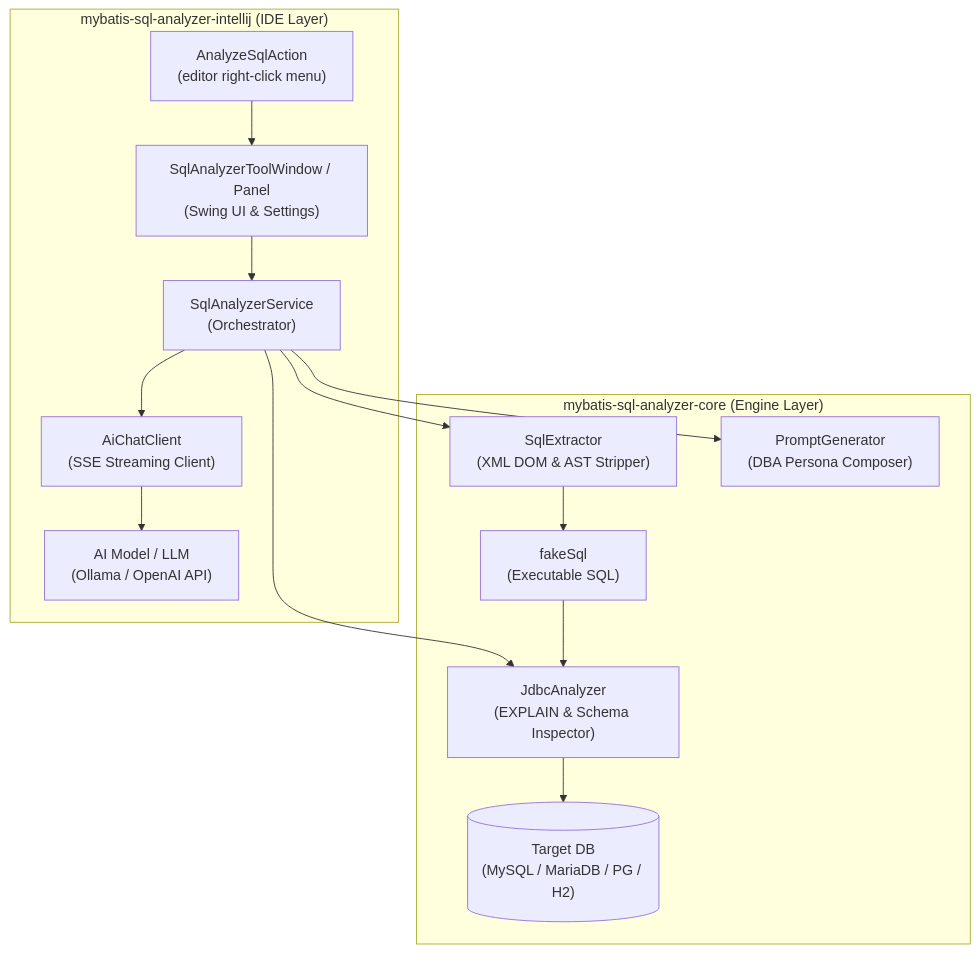
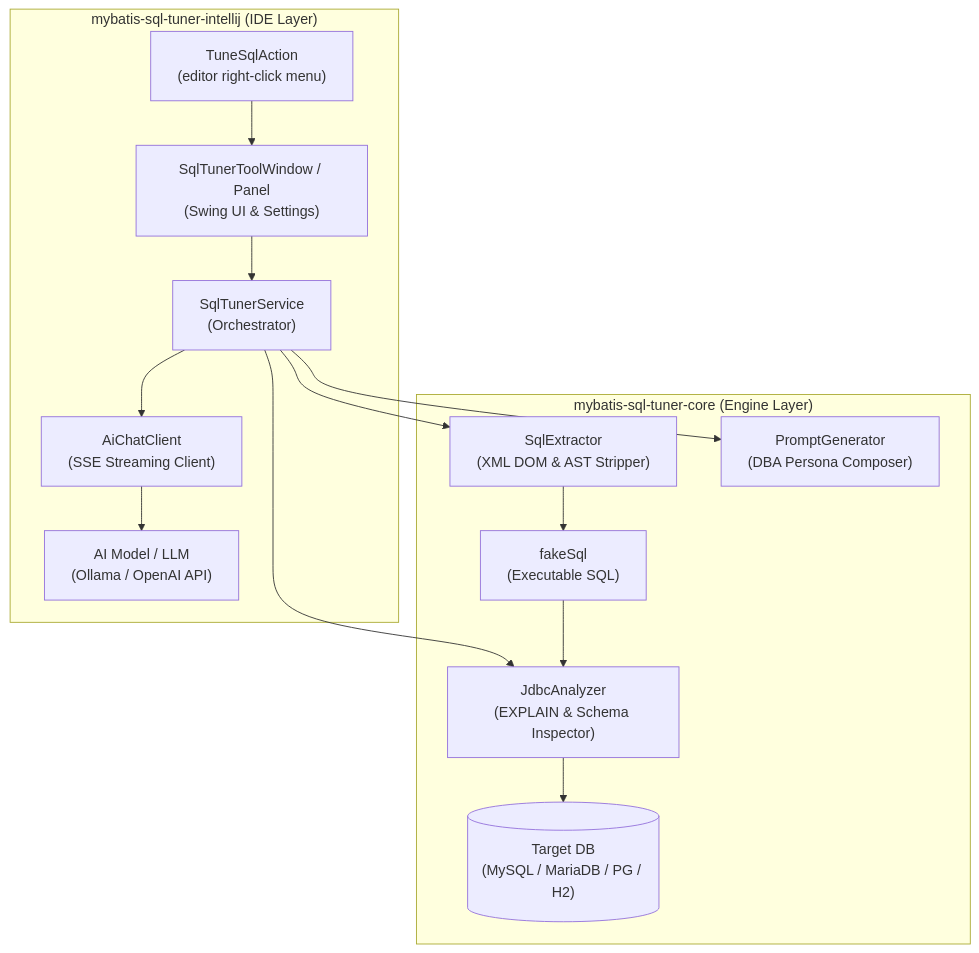
Before and after one commit to sweetpark/mybatis-sql-tuner-ai: the first of 2 diagrams in docs/ARCHITECTURE.md, drawn with Mermaid. The commit also changed other lines of this file and 81 other files, not shown here.

First line of the commit message:
refactor: rename project, modules, and packages to mybatis-sql-tuner

````diff
--- a/docs/ARCHITECTURE.md
+++ b/docs/ARCHITECTURE.md
@@ -10,19 +10,19 @@
 ```mermaid
 graph TD
-    subgraph IntelliJPlugin["mybatis-sql-analyzer-intellij (IDE Layer)"]
-        Action["AnalyzeSqlAction<br/>(editor right-click menu)"] --> ToolWin["SqlAnalyzerToolWindow / Panel<br/>(Swing UI & Settings)"]
-        ToolWin --> Service["SqlAnalyzerService<br/>(Orchestrator)"]
+    subgraph IntelliJPlugin["mybatis-sql-tuner-intellij (IDE Layer)"]
+        Action["TuneSqlAction<br/>(editor right-click menu)"] --> ToolWin["SqlTunerToolWindow / Panel<br/>(Swing UI & Settings)"]
+        ToolWin --> Service["SqlTunerService<br/>(Orchestrator)"]
         Service --> AiClient["AiChatClient<br/>(SSE Streaming Client)"]
         AiClient --> LLM["AI Model / LLM<br/>(Ollama / OpenAI API)"]
     end
 
-    subgraph CoreModule["mybatis-sql-analyzer-core (Engine Layer)"]
+    subgraph CoreModule["mybatis-sql-tuner-core (Engine Layer)"]
         Service --> Extractor["SqlExtractor<br/>(XML DOM & AST Stripper)"]
         Service --> Jdbc["JdbcAnalyzer<br/>(EXPLAIN & Schema Inspector)"]
         Service --> PromptGen["PromptGenerator<br/>(DBA Persona Composer)"]
 
         Extractor --> FakeSql["fakeSql<br/>(Executable SQL)"]
         FakeSql --> Jdbc
         Jdbc --> TargetDB[("Target DB<br/>(MySQL / MariaDB / PG / H2)")]
     end
 ```
````
